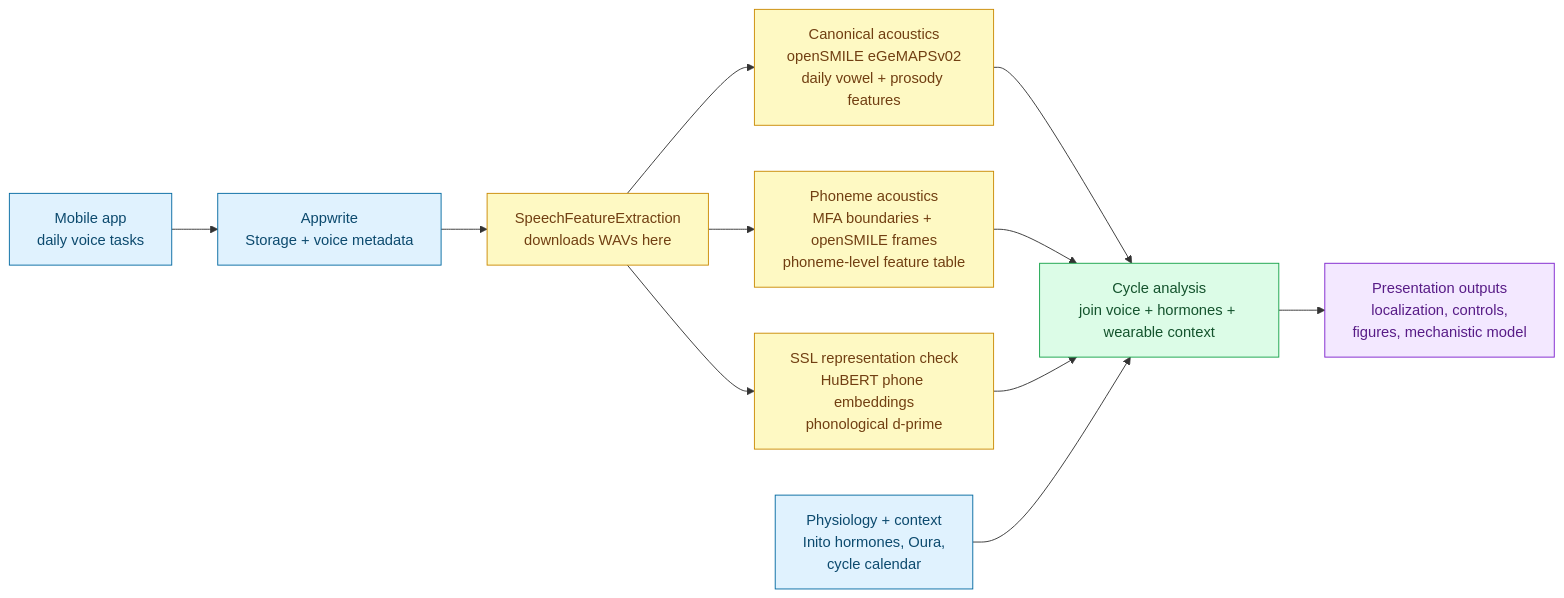
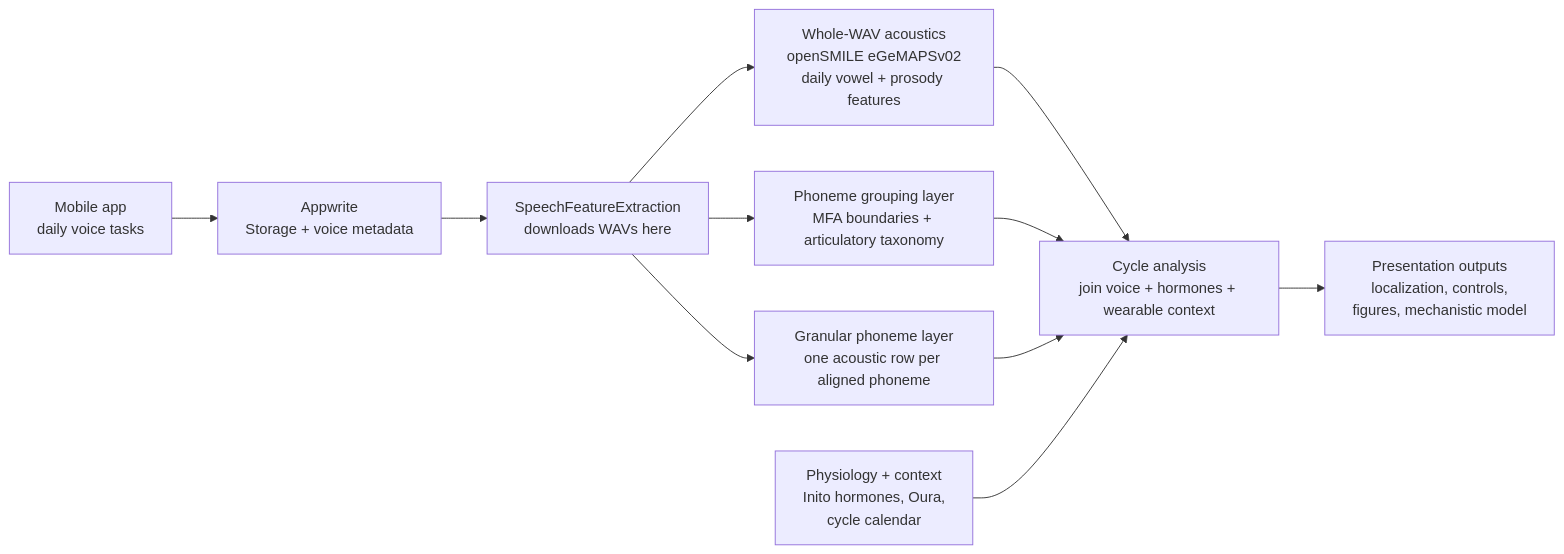
Before and after one commit to PoisonIvory/voice_feature_extraction: the first of 3 diagrams in docs/voice_cycle_analysis/DATA_FLOW_DIAGRAMS.md, drawn with Mermaid. The commit also changed other lines of this file, not shown here.

First line of the commit message:
docs: revise voice-cycle data flow streams

````diff
--- a/docs/voice_cycle_analysis/DATA_FLOW_DIAGRAMS.md
+++ b/docs/voice_cycle_analysis/DATA_FLOW_DIAGRAMS.md
@@ -8,27 +8,17 @@
 ```mermaid
 flowchart LR
     APP["Mobile app<br/>daily voice tasks"] --> AW["Appwrite<br/>Storage + voice metadata"]
     AW --> WAV["SpeechFeatureExtraction<br/>downloads WAVs here"]
 
-    WAV --> CANON["Canonical acoustics<br/>openSMILE eGeMAPSv02<br/>daily vowel + prosody features"]
-    WAV --> PHON["Phoneme acoustics<br/>MFA boundaries + openSMILE frames<br/>phoneme-level feature table"]
-    WAV --> SSL["SSL representation check<br/>HuBERT phone embeddings<br/>phonological d-prime"]
+    WAV --> CANON["Whole-WAV acoustics<br/>openSMILE eGeMAPSv02<br/>daily vowel + prosody features"]
+    WAV --> GROUPS["Phoneme grouping layer<br/>MFA boundaries + articulatory taxonomy"]
+    WAV --> PHONES["Granular phoneme layer<br/>one acoustic row per aligned phoneme"]
 
     CANON --> ANALYSIS["Cycle analysis<br/>join voice + hormones + wearable context"]
-    PHON --> ANALYSIS
-    SSL --> ANALYSIS
+    GROUPS --> ANALYSIS
+    PHONES --> ANALYSIS
 
     CONTEXT["Physiology + context<br/>Inito hormones, Oura,<br/>cycle calendar"] --> ANALYSIS
 
     ANALYSIS --> OUT["Presentation outputs<br/>localization, controls,<br/>figures, mechanistic model"]
-
-    classDef source fill:#e0f2fe,stroke:#0369a1,color:#0c4a6e;
-    classDef extraction fill:#fef9c3,stroke:#ca8a04,color:#713f12;
-    classDef analysis fill:#dcfce7,stroke:#16a34a,color:#14532d;
-    classDef output fill:#f3e8ff,stroke:#7e22ce,color:#581c87;
-
-    class APP,AW,CONTEXT source;
-    class WAV,CANON,PHON,SSL extraction;
-    class ANALYSIS analysis;
-    class OUT output;
 ```
````
